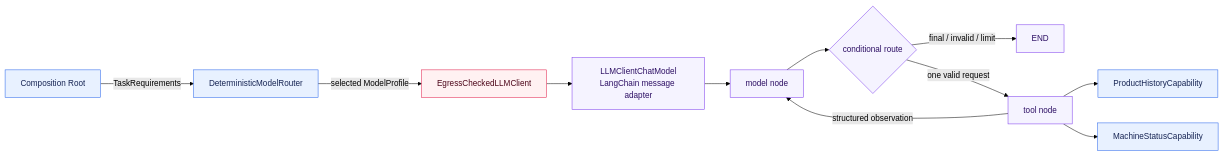
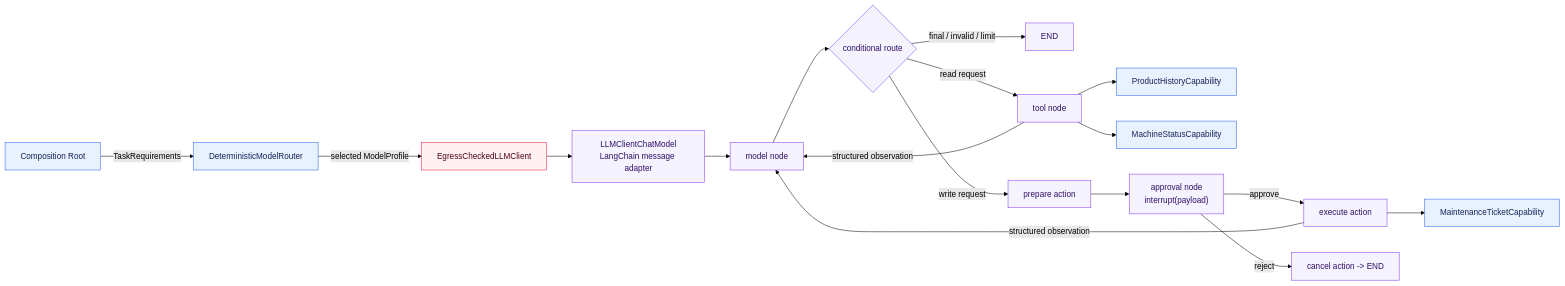
Before and after one commit to aboerzel/industrial-ai-agent: the fifth of 11 diagrams in docs/architecture/overview.md, drawn with Mermaid (forest theme). The commit also changed other lines of this file and 15 other files, not shown here.

````diff
--- a/docs/architecture/overview.md
+++ b/docs/architecture/overview.md
@@ -224,20 +227,26 @@
 ```mermaid
 flowchart LR
     CR["Composition Root"] -->|"TaskRequirements"| Router["DeterministicModelRouter"]
     Router -->|"selected ModelProfile"| Security["EgressCheckedLLMClient"]
     Security --> Adapter["LLMClientChatModel<br/>LangChain message adapter"]
     Adapter --> Model["model node"]
     Model --> Route{"conditional route"}
     Route -->|"final / invalid / limit"| End["END"]
-    Route -->|"one valid request"| Tool["tool node"]
+    Route -->|"read request"| Tool["tool node"]
+    Route -->|"write request"| Prepare["prepare action"]
     Tool -->|"structured observation"| Model
     Tool --> Product["ProductHistoryCapability"]
     Tool --> Machine["MachineStatusCapability"]
+    Prepare --> Approval["approval node<br/>interrupt(payload)"]
+    Approval -->|"approve"| Execute["execute action"]
+    Approval -->|"reject"| Cancel["cancel action -> END"]
+    Execute -->|"structured observation"| Model
+    Execute --> Ticket["MaintenanceTicketCapability"]
 
     classDef core fill:#e8f1ff,stroke:#2563eb,color:#172554
     classDef framework fill:#f5f3ff,stroke:#7c3aed,color:#2e1065
     classDef security fill:#fff1f2,stroke:#e11d48,color:#4c0519
-    class CR,Router,Product,Machine core
-    class Adapter,Model,Route,Tool,End framework
+    class CR,Router,Product,Machine,Ticket core
+    class Adapter,Model,Route,Tool,Prepare,Approval,Execute,Cancel,End framework
     class Security security
 ```
````
